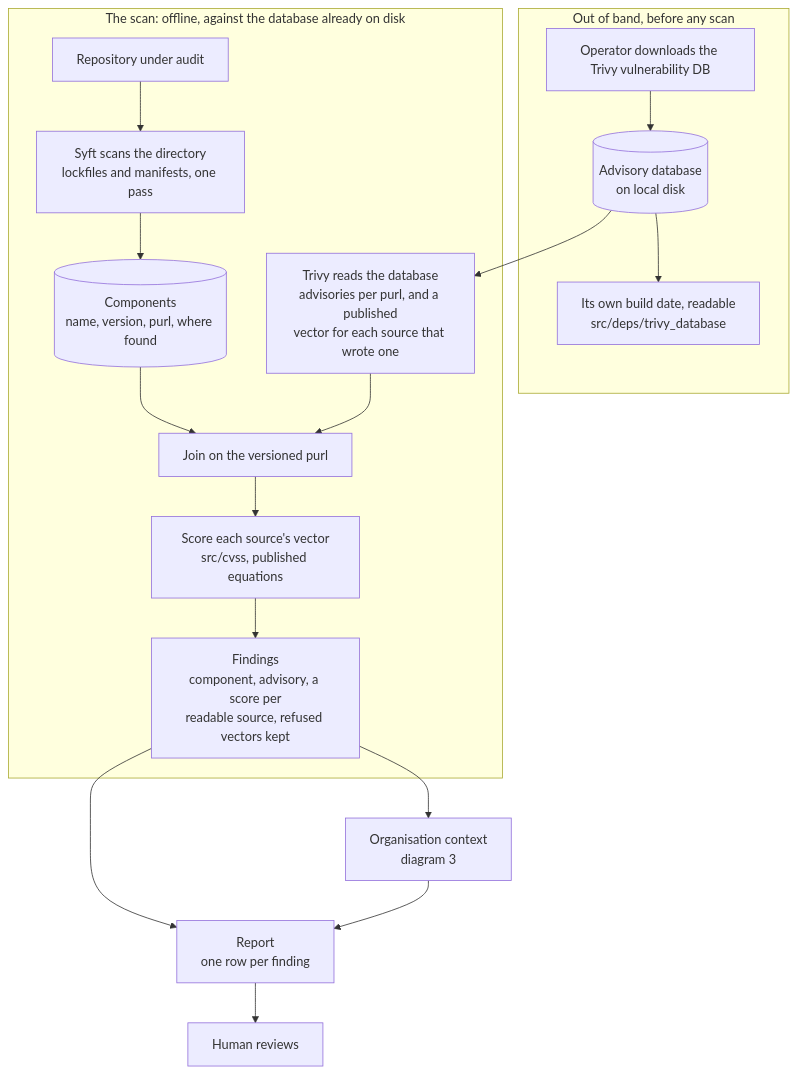
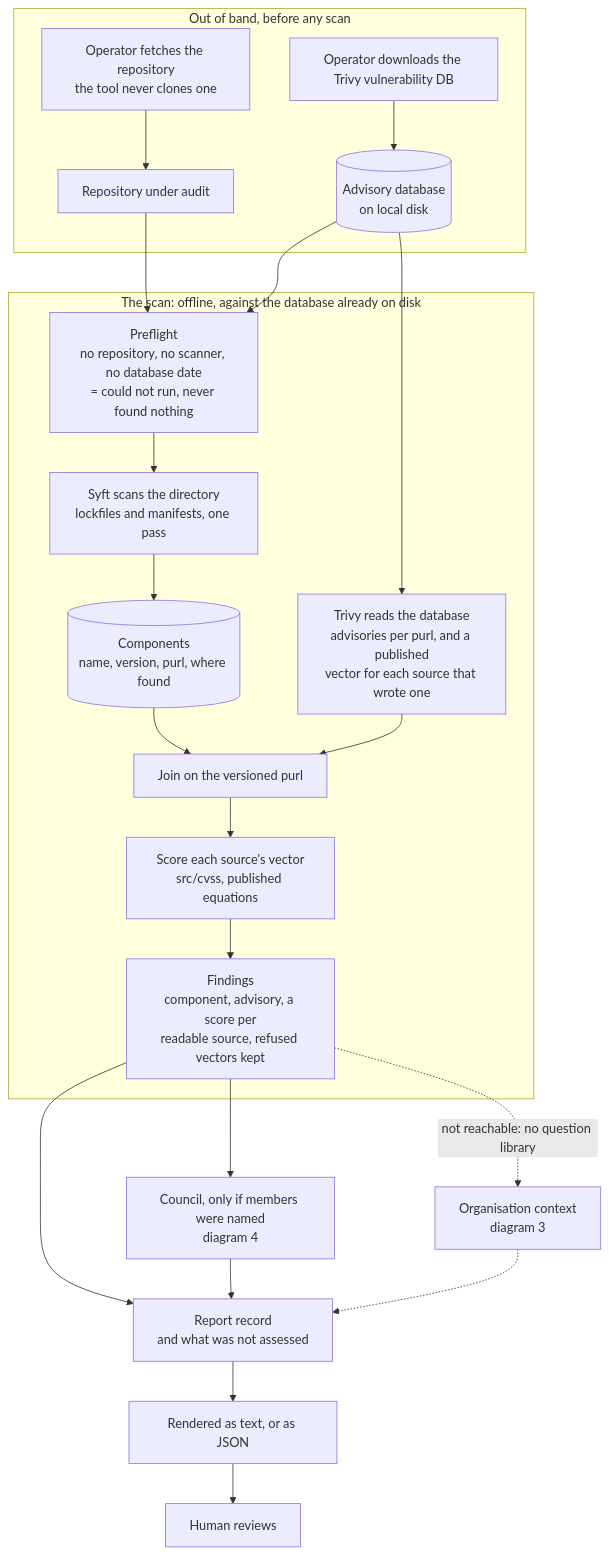
Before and after one commit to heinthtnaung/AgenticLLMAppAuditor: the first of 5 diagrams in docs/diagrams.md, drawn with Mermaid. The commit also changed other lines of this file and 2 other files, not shown here.

Commit message:
Document a tool that runs

````diff
--- a/docs/diagrams.md
+++ b/docs/diagrams.md
@@ -36,24 +37,30 @@
 ```mermaid
 flowchart TD
     subgraph OOB["Out of band, before any scan"]
         fetch["Operator downloads the Trivy vulnerability DB"] --> adb[("Advisory database<br/>on local disk")]
-        adb --> age["Its own build date, readable<br/>src/deps/trivy_database"]
+        get["Operator fetches the repository<br/>the tool never clones one"] --> repo["Repository under audit"]
     end
 
     subgraph SCAN["The scan: offline, against the database already on disk"]
-        repo["Repository under audit"] --> syft["Syft scans the directory<br/>lockfiles and manifests, one pass"]
+        pre["Preflight<br/>no repository, no scanner, no database date<br/>= could not run, never found nothing"]
+        repo --> pre
+        pre --> syft["Syft scans the directory<br/>lockfiles and manifests, one pass"]
         syft --> comp[("Components<br/>name, version, purl, where found")]
         trivy["Trivy reads the database<br/>advisories per purl, and a published<br/>vector for each source that wrote one"]
         comp --> join["Join on the versioned purl"]
         trivy --> join
         join --> asm["Score each source's vector<br/>src/cvss, published equations"]
         asm --> fin["Findings<br/>component, advisory, a score per<br/>readable source, refused vectors kept"]
     end
 
+    adb --> pre
     adb --> trivy
 
-    fin --> ctx["Organisation context<br/>diagram 3"]
-    fin --> rep["Report<br/>one row per finding"]
-    ctx --> rep
-    rep --> hum["Human reviews"]
+    fin --> cou["Council, only if members were named<br/>diagram 4"]
+    fin --> rec["Report record<br/>and what was not assessed"]
+    cou --> rec
+    fin -. "not reachable: no question library" .-> ctx["Organisation context<br/>diagram 3"]
+    ctx -.-> rec
+    rec --> out["Rendered as text, or as JSON"]
+    out --> hum["Human reviews"]
 ```
````
